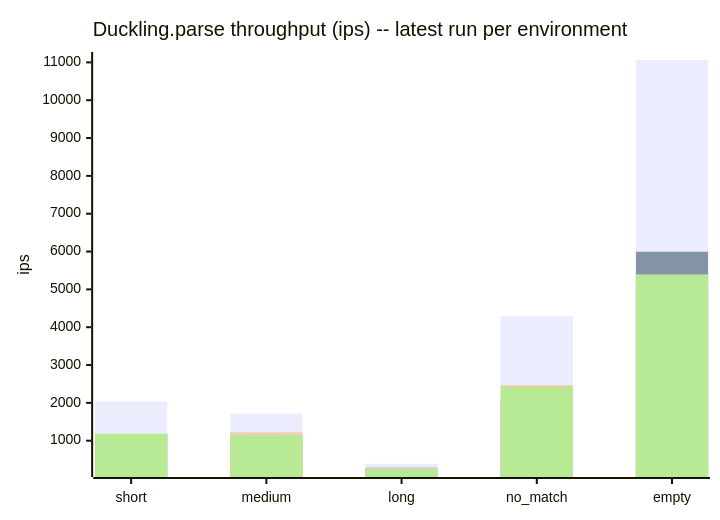
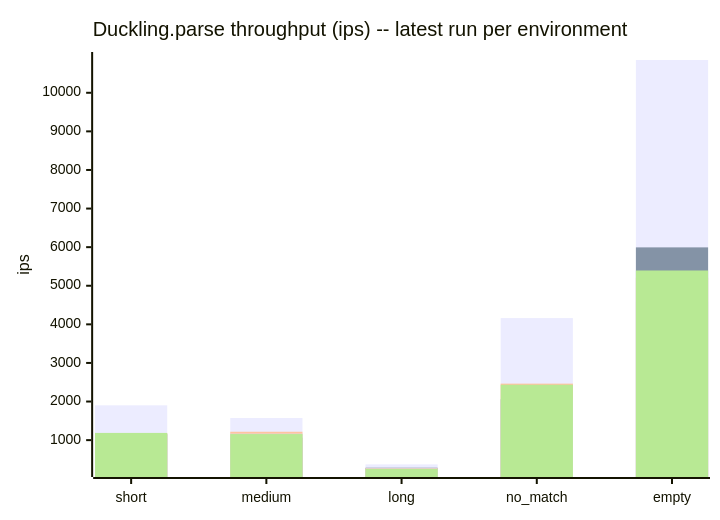
One commit to cpb/duckling changed the sixth of 7 diagrams in docs/benchmarks/README.md. Above: the diagram before and after it, drawn with Mermaid. The commit also changed other lines of this file and 1 other file, not shown here.

Commit message:
Record github-actions benchmark results for 0.4.7 (#153)

````diff
--- a/docs/benchmarks/README.md
+++ b/docs/benchmarks/README.md
@@ -211,11 +211,11 @@
 ```mermaid
 xychart-beta
     title "Duckling.parse throughput (ips) -- latest run per environment"
     x-axis [short, medium, long, no_match, empty]
     y-axis "ips"
-    bar "github-actions" [2037.9, 1718.9, 390.6, 4293.6, 11063.1]
+    bar "github-actions" [1902.1, 1573.5, 371.1, 4162.9, 10849.2]
     bar "claude-code-web" [1154.4, 1064.6, 284.8, 2058.0, 5994.3]
     bar "local-3.3" [1175.1, 1217.2, 273.9, 2464.0, 5206.5]
     bar "local-3.4" [1116.0, 1168.6, 267.9, 2056.4, 4592.3]
     bar "local-4.0" [1187.1, 1156.8, 252.0, 2435.1, 5395.4]
 ```
````
